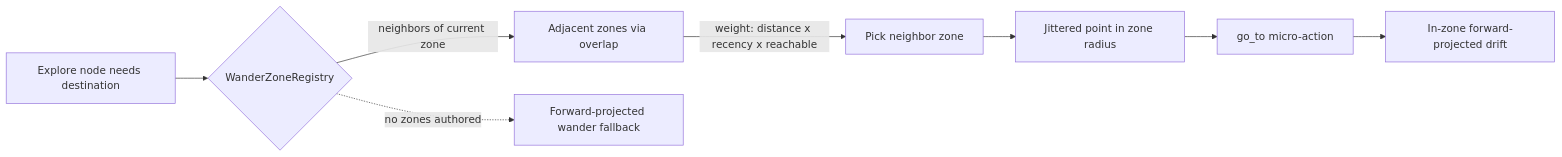
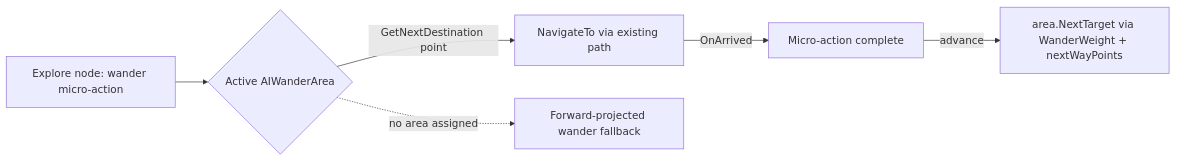
One commit to MewiLab/mewi changed the second of 2 diagrams in docs/decisions/ADR-041-ambient-wander-and-exploration-zones.md. Above: the diagram before and after it, drawn with Mermaid. The commit also changed other lines of this file and 15 other files, not shown here.

````diff
--- a/docs/decisions/ADR-041-ambient-wander-and-exploration-zones.md
+++ b/docs/decisions/ADR-041-ambient-wander-and-exploration-zones.md
@@ -204,10 +215,8 @@
 ```mermaid
 flowchart LR
-    EXP[Explore node needs destination] --> REG{WanderZoneRegistry}
-    REG -->|neighbors of current zone| CAND[Adjacent zones via overlap]
-    CAND -->|weight: distance x recency x reachable| PICK[Pick neighbor zone]
-    PICK --> PT[Jittered point in zone radius]
-    PT --> GOTO[go_to micro-action]
-    GOTO --> DRIFT[In-zone forward-projected drift]
-    REG -.->|no zones authored| MICRO[Forward-projected wander fallback]
+    EXP[Explore node: wander micro-action] --> AREA{Active AIWanderArea}
+    AREA -->|GetNextDestination point| GOTO[NavigateTo via existing path]
+    GOTO -->|OnArrived| DONE[Micro-action complete]
+    DONE -->|advance| NEXT[area.NextTarget via WanderWeight + nextWayPoints]
+    AREA -.->|no area assigned| MICRO[Forward-projected wander fallback]
 ```
````
